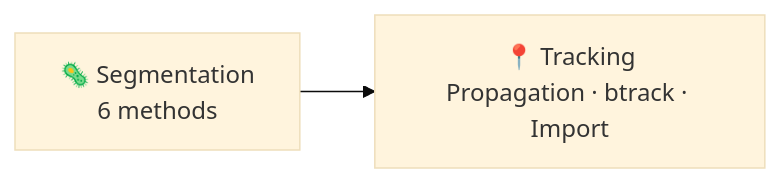
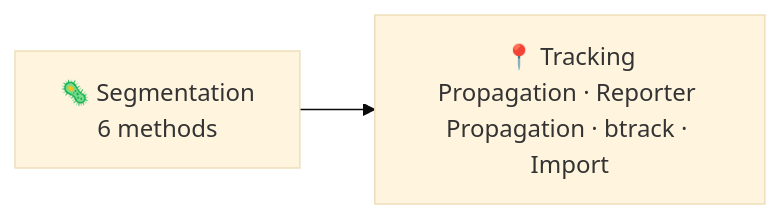
The diagram in docs/source/processing/index.md (imAIgene-Dream3D/BEHAV3D), drawn with Mermaid (base theme) before and after one commit. The commit also changed other lines of this file and 19 other files, not shown here.

````diff
--- a/docs/source/processing/index.md
+++ b/docs/source/processing/index.md
@@ -5,4 +5,4 @@
 ```{mermaid}
 flowchart LR
-    Seg["🦠 Segmentation<br/>6 methods"] --> Trk["📍 Tracking<br/>Propagation · btrack · Import"]
+    Seg["🦠 Segmentation<br/>6 methods"] --> Trk["📍 Tracking<br/>Propagation · Reporter Propagation · btrack · Import"]
 ```
````
